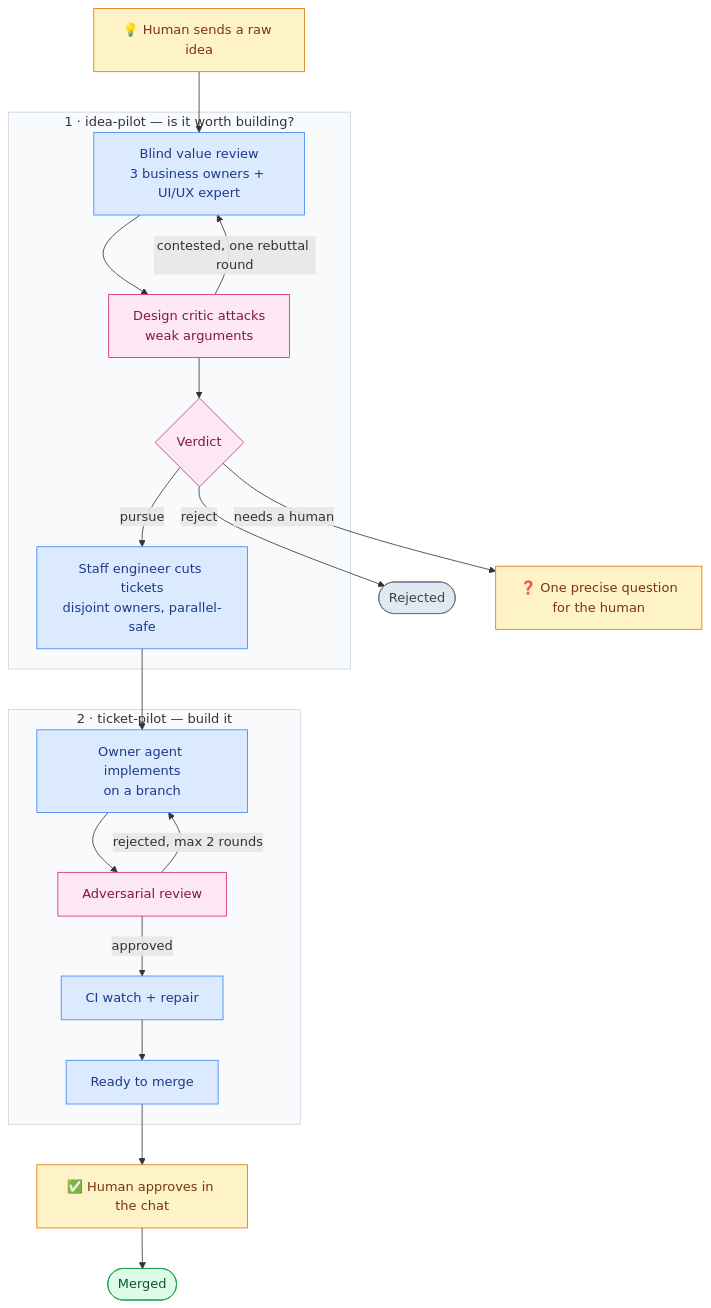
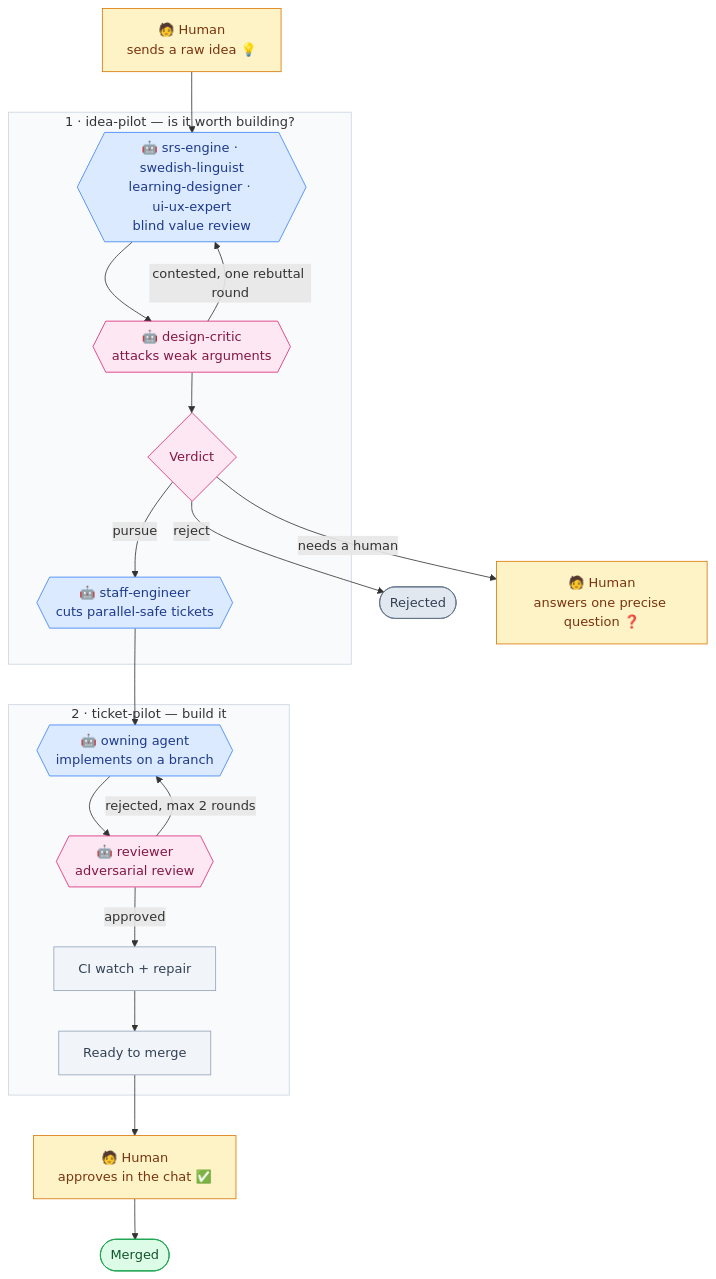
Before and after one commit to ordboj/ordboj: the diagram in docs/AI-WORKFLOW.md, drawn with Mermaid. The commit also changed other lines of this file, not shown here.

Commit message:
docs: draw agent roles as hexagon nodes with role names in diagram
Claude-Session: https://claude.ai/code/session_01RwuGhokSSttYspjyorP4Yg

````diff
--- a/docs/AI-WORKFLOW.md
+++ b/docs/AI-WORKFLOW.md
@@ -62,51 +62,53 @@
 ```mermaid
-%%{init: {"theme": "base", "themeVariables": {
+%%{init: {"theme": "base", "flowchart": {"wrappingWidth": 340}, "themeVariables": {
   "fontFamily": "-apple-system, 'Segoe UI', sans-serif",
   "fontSize": "14px",
   "lineColor": "#94A3B8",
   "textColor": "#334155",
   "clusterBkg": "#F1F5F9",
   "clusterBorder": "#CBD5E1",
   "titleColor": "#334155",
   "edgeLabelBackground": "#F8FAFC"
 }}}%%
 flowchart TD
-    idea["💡 Human sends a raw idea"]:::human
+    idea["🧑 Human<br/>sends a raw idea 💡"]:::human
 
     subgraph IP["1 · idea-pilot — is it worth building?"]
-        review["Blind value review<br/>3 business owners + UI/UX expert"]:::agent
-        debate["Design critic attacks<br/>weak arguments"]:::gate
+        review{{"🤖 srs‑engine · swedish‑linguist<br/>learning‑designer · ui‑ux‑expert<br/>blind value review"}}:::agent
+        debate{{"🤖 design‑critic<br/>attacks weak arguments"}}:::critic
         verdict{"Verdict"}:::gate
-        tickets["Staff engineer cuts tickets<br/>disjoint owners, parallel-safe"]:::agent
+        tickets{{"🤖 staff‑engineer<br/>cuts parallel-safe tickets"}}:::agent
     end
 
     subgraph TP["2 · ticket-pilot — build it"]
-        impl["Owner agent implements<br/>on a branch"]:::agent
-        rev["Adversarial review"]:::gate
-        ci["CI watch + repair"]:::agent
-        ready["Ready to merge"]:::agent
+        impl{{"🤖 owning agent<br/>implements on a branch"}}:::agent
+        rev{{"🤖 reviewer<br/>adversarial review"}}:::critic
+        ci["CI watch + repair"]:::step
+        ready["Ready to merge"]:::step
     end
 
     rejected(["Rejected"]):::stop
-    question["❓ One precise question<br/>for the human"]:::human
-    approve["✅ Human approves in the chat"]:::human
+    question["🧑 Human<br/>answers one precise question ❓"]:::human
+    approve["🧑 Human<br/>approves in the chat ✅"]:::human
     merged(["Merged"]):::done
 
     idea --> review --> debate
     debate -- "contested, one rebuttal round" --> review
     debate --> verdict
     verdict -- "pursue" --> tickets
     verdict -- "reject" --> rejected
     verdict -- "needs a human" --> question
     tickets --> impl --> rev
     rev -- "rejected, max 2 rounds" --> impl
     rev -- "approved" --> ci --> ready --> approve --> merged
 
     style IP fill:#F8FAFC,stroke:#CBD5E1
     style TP fill:#F8FAFC,stroke:#CBD5E1
     classDef human fill:#FEF3C7,stroke:#D97706,color:#78350F
     classDef agent fill:#DBEAFE,stroke:#3B82F6,color:#1E3A8A
+    classDef critic fill:#FCE7F3,stroke:#DB2777,color:#831843
     classDef gate fill:#FCE7F3,stroke:#DB2777,color:#831843
+    classDef step fill:#F1F5F9,stroke:#94A3B8,color:#334155
     classDef done fill:#DCFCE7,stroke:#16A34A,color:#14532D
     classDef stop fill:#E2E8F0,stroke:#64748B,color:#334155
 ```
````
